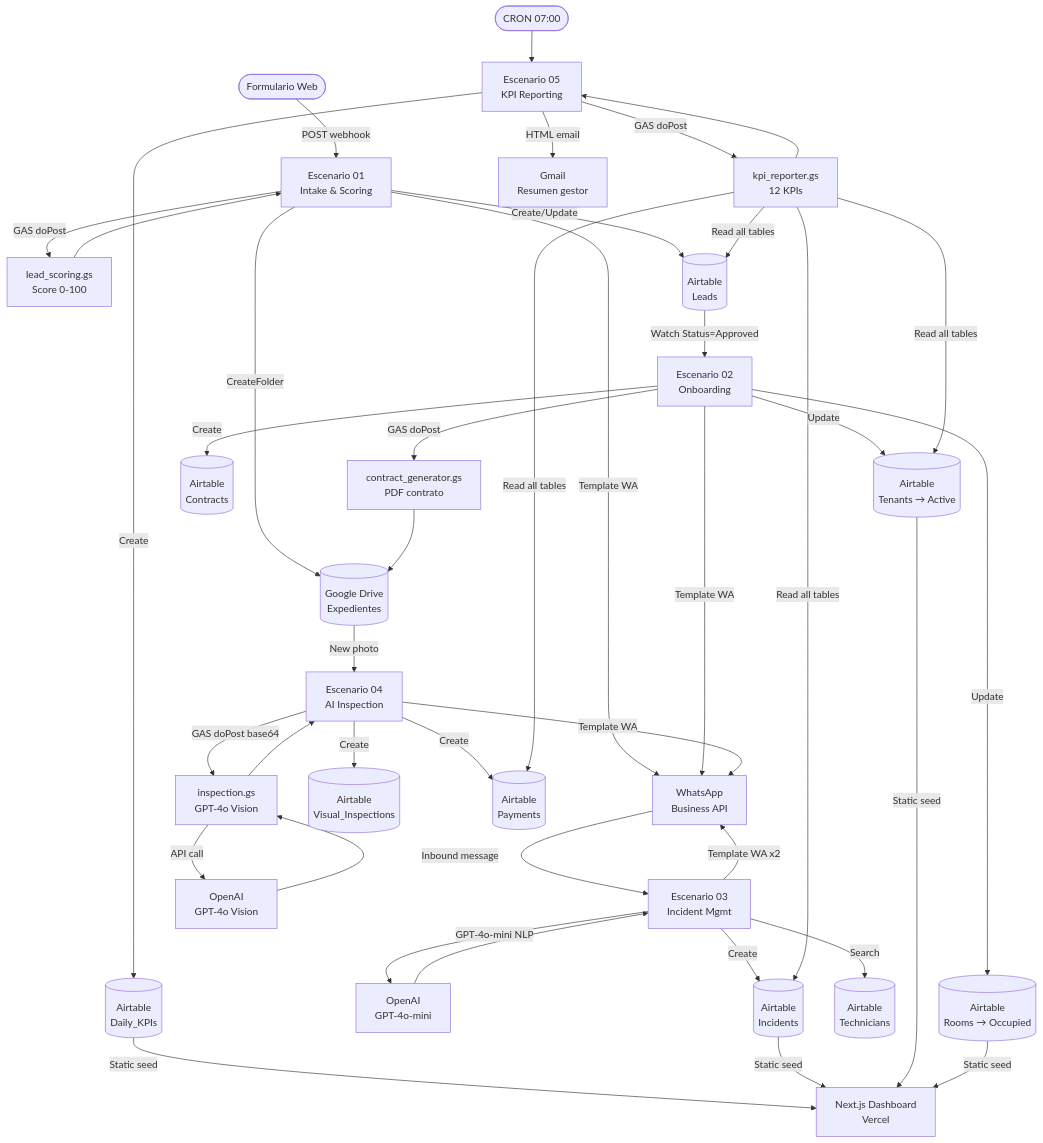
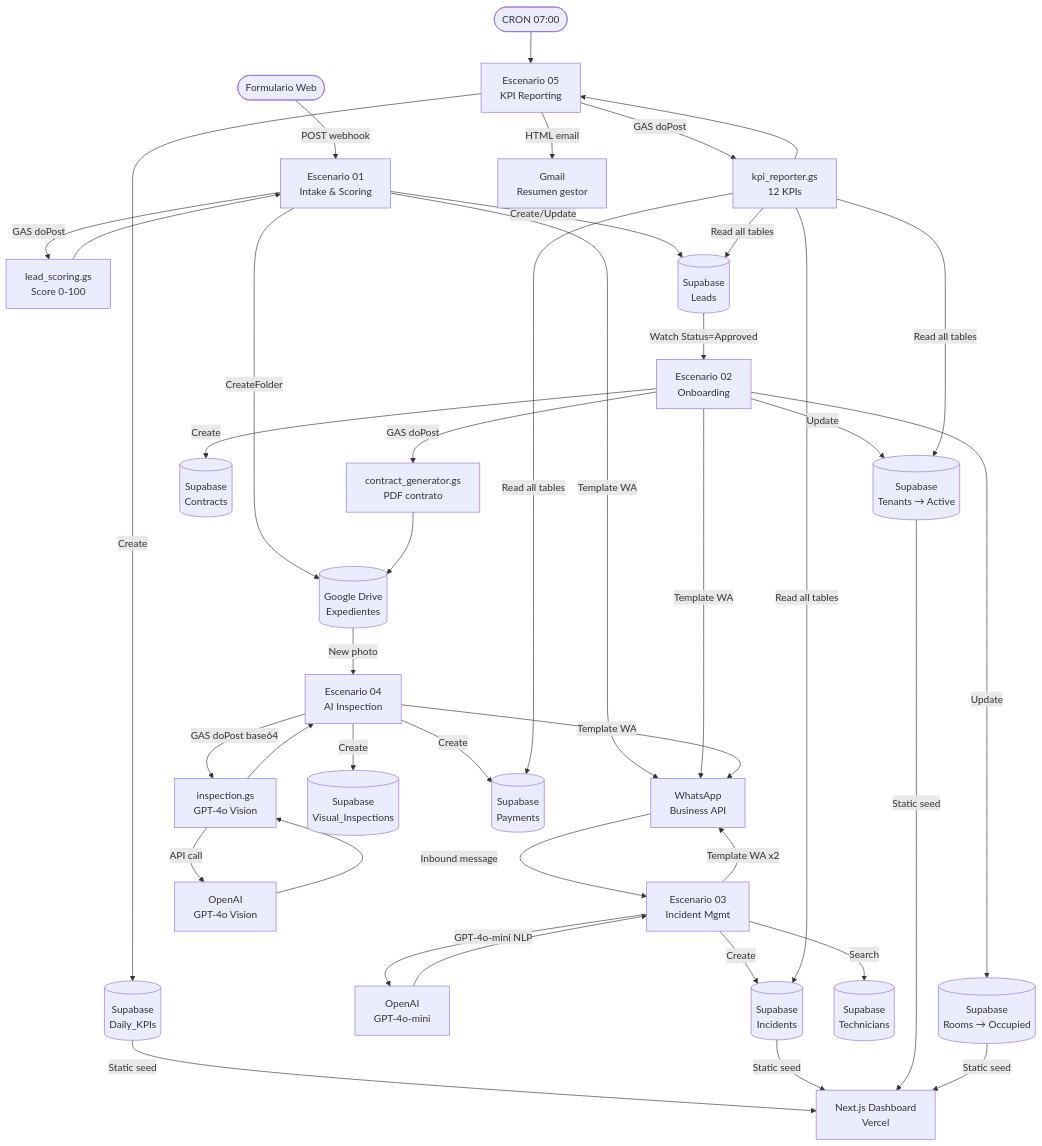
Before and after one commit to Articrafter93/propertyops-ai: the first of 2 diagrams in docs/ARCHITECTURE.md, drawn with Mermaid. The commit also changed other lines of this file and 16 other files, not shown here.

````diff
--- a/docs/ARCHITECTURE.md
+++ b/docs/ARCHITECTURE.md
@@ -24,42 +32,42 @@
 ```mermaid
 flowchart TD
     WF([Formulario Web]) -->|POST webhook| S01[Escenario 01\nIntake & Scoring]
     S01 -->|GAS doPost| GAS_SCORE[lead_scoring.gs\nScore 0-100]
     GAS_SCORE --> S01
-    S01 -->|Create/Update| AT_LEADS[(Airtable\nLeads)]
+    S01 -->|Create/Update| AT_LEADS[(Supabase\nLeads)]
     S01 -->|CreateFolder| DRIVE[(Google Drive\nExpedientes)]
     S01 -->|Template WA| WA[WhatsApp\nBusiness API]
 
     AT_LEADS -->|Watch Status=Approved| S02[Escenario 02\nOnboarding]
     S02 -->|GAS doPost| GAS_CONT[contract_generator.gs\nPDF contrato]
     GAS_CONT --> DRIVE
-    S02 -->|Create| AT_CONT[(Airtable\nContracts)]
-    S02 -->|Update| AT_ROOMS[(Airtable\nRooms → Occupied)]
-    S02 -->|Update| AT_TENANTS[(Airtable\nTenants → Active)]
+    S02 -->|Create| AT_CONT[(Supabase\nContracts)]
+    S02 -->|Update| AT_ROOMS[(Supabase\nRooms → Occupied)]
+    S02 -->|Update| AT_TENANTS[(Supabase\nTenants → Active)]
     S02 -->|Template WA| WA
 
     WA -->|Inbound message| S03[Escenario 03\nIncident Mgmt]
     S03 -->|GPT-4o-mini NLP| OAI_MINI[OpenAI\nGPT-4o-mini]
     OAI_MINI --> S03
-    S03 -->|Create| AT_INC[(Airtable\nIncidents)]
-    S03 -->|Search| AT_TECH[(Airtable\nTechnicians)]
+    S03 -->|Create| AT_INC[(Supabase\nIncidents)]
+    S03 -->|Search| AT_TECH[(Supabase\nTechnicians)]
     S03 -->|Template WA x2| WA
 
     DRIVE -->|New photo| S04[Escenario 04\nAI Inspection]
     S04 -->|GAS doPost base64| GAS_INSP[inspection.gs\nGPT-4o Vision]
     GAS_INSP -->|API call| OAI_VISION[OpenAI\nGPT-4o Vision]
     OAI_VISION --> GAS_INSP
     GAS_INSP --> S04
-    S04 -->|Create| AT_INSP[(Airtable\nVisual_Inspections)]
-    S04 -->|Create| AT_PAY[(Airtable\nPayments)]
+    S04 -->|Create| AT_INSP[(Supabase\nVisual_Inspections)]
+    S04 -->|Create| AT_PAY[(Supabase\nPayments)]
     S04 -->|Template WA| WA
 
     CRON([CRON 07:00]) --> S05[Escenario 05\nKPI Reporting]
     S05 -->|GAS doPost| GAS_KPI[kpi_reporter.gs\n12 KPIs]
     GAS_KPI -->|Read all tables| AT_LEADS & AT_INC & AT_TENANTS & AT_PAY
     GAS_KPI --> S05
-    S05 -->|Create| AT_KPI[(Airtable\nDaily_KPIs)]
+    S05 -->|Create| AT_KPI[(Supabase\nDaily_KPIs)]
     S05 -->|HTML email| GMAIL[Gmail\nResumen gestor]
 
     AT_KPI & AT_INC & AT_TENANTS & AT_ROOMS -->|Static seed| DASH[Next.js Dashboard\nVercel]
 ```
````
